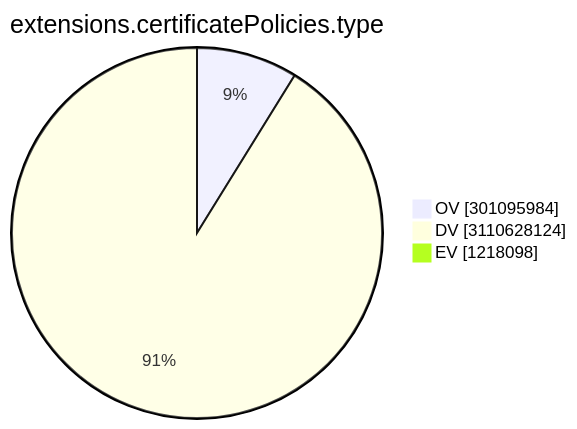
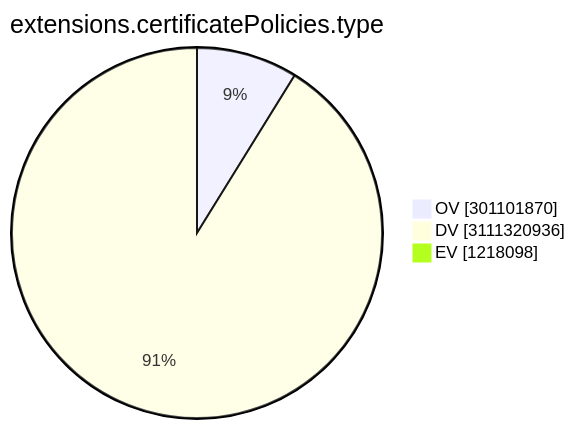
Before and after one commit to christiankrug/ctmonitor_visualization: the ninth of 15 diagrams in TOTAL/README.md, drawn with Mermaid. The commit also changed other lines of this file, not shown here.

````diff
--- a/TOTAL/README.md
+++ b/TOTAL/README.md
@@ -3103,7 +3103,7 @@
 ```mermaid
 pie showData
 title extensions.certificatePolicies.type
-"OV" :301095984
-"DV" :3110628124
+"OV" :301101870
+"DV" :3111320936
 "EV" :1218098
 ```
````
